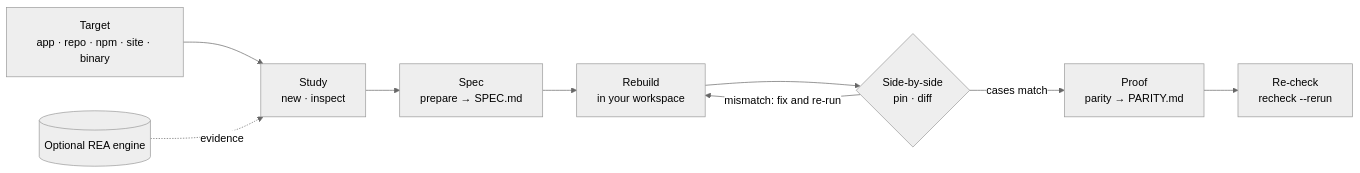
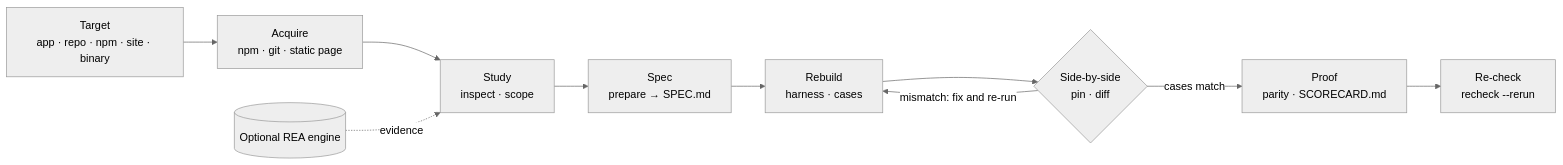
Before and after one commit to FibonacciAi/rea-bot: the diagram in README.md, drawn with Mermaid (neutral theme). The commit also changed other lines of this file and 35 other files, not shown here.

First line of the commit message:
Add acquire, scope, harness, and stronger parity proofs

````diff
--- a/README.md
+++ b/README.md
@@ -32,11 +32,12 @@
 ```mermaid
 flowchart LR
-  T["Target<br/>app · repo · npm · site · binary"] --> S["Study<br/>new · inspect"]
+  T["Target<br/>app · repo · npm · site · binary"] --> A["Acquire<br/>npm · git · static page"]
+  A --> S["Study<br/>inspect · scope"]
   E[("Optional REA engine")] -. evidence .-> S
   S --> P["Spec<br/>prepare → SPEC.md"]
-  P --> R["Rebuild<br/>in your workspace"]
+  P --> R["Rebuild<br/>harness · cases"]
   R --> D{"Side-by-side<br/>pin · diff"}
   D -- "mismatch: fix and re-run" --> R
-  D -- "cases match" --> Q["Proof<br/>parity → PARITY.md"]
+  D -- "cases match" --> Q["Proof<br/>parity · SCORECARD.md"]
   Q --> C["Re-check<br/>recheck --rerun"]
 ```
````
